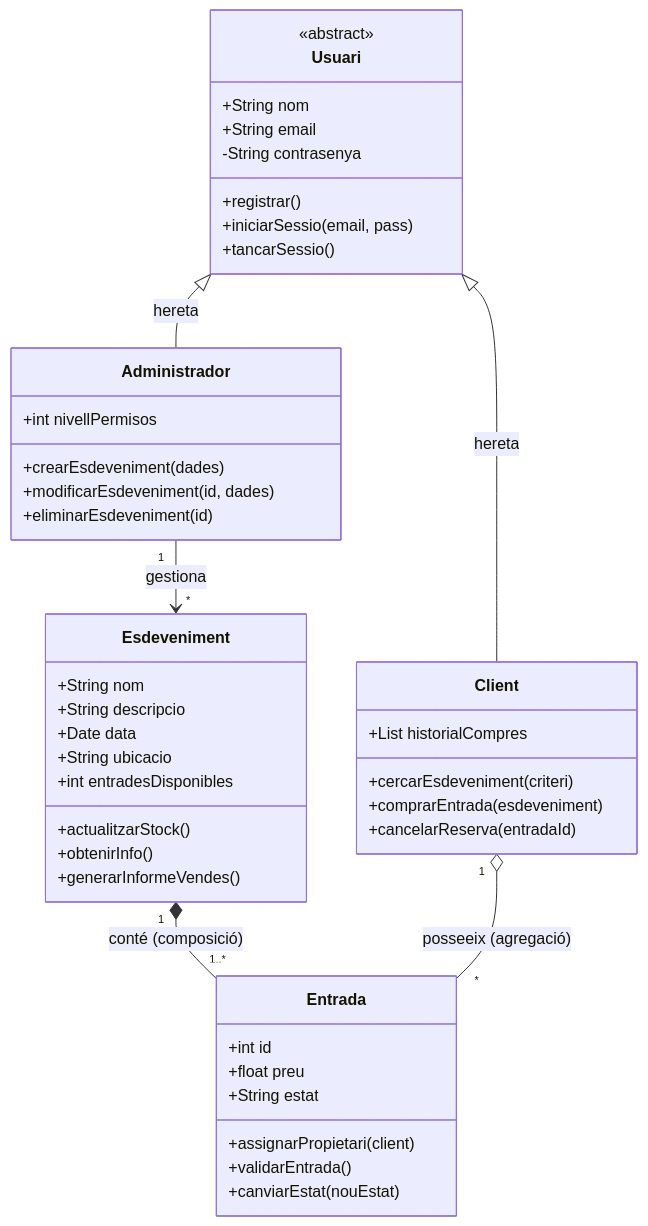
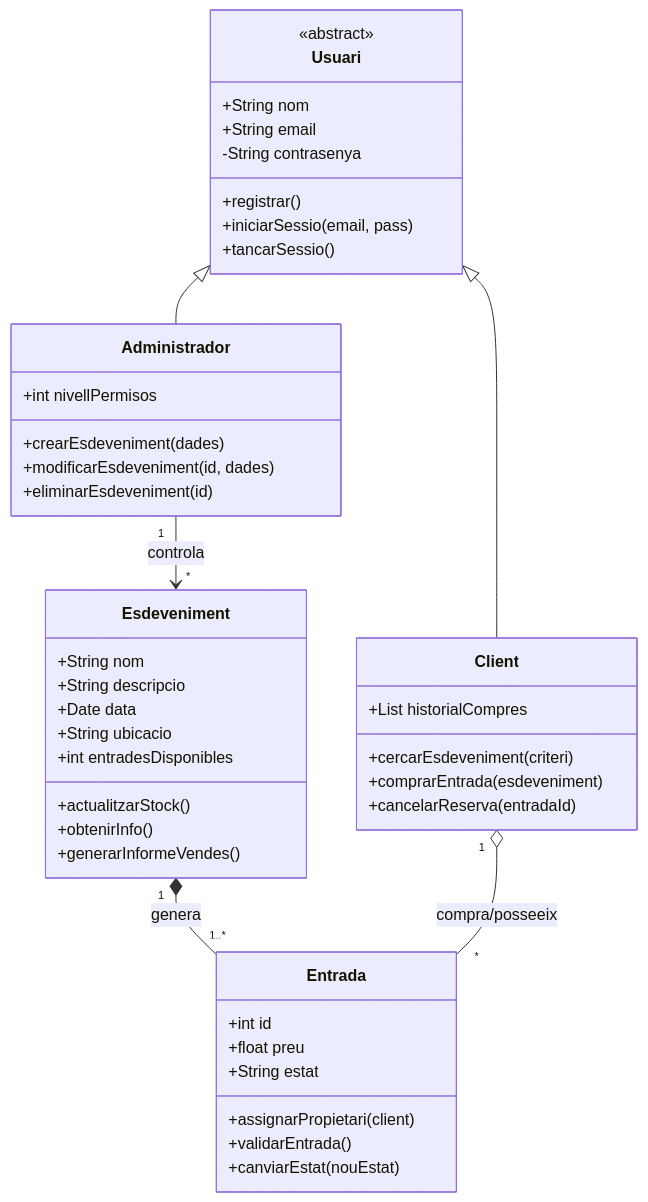
The diagram in charts/UML.mermaid (Gerardmorsilvestre/Entorns-25-26), drawn with Mermaid before and after one commit.

```diff
--- a/charts/UML.mermaid
+++ b/charts/UML.mermaid
@@ -1,56 +1,56 @@
 classDiagram
     direction TB
 
-    %% Classe Base d'Usuari
+    %% 1. EL PRODUCTE (L'eix central)
+    class Entrada {
+        +int id
+        +float preu
+        +String estat
+        +assignarPropietari(client)
+        +validarEntrada()
+        +canviarEstat(nouEstat)
+    }
+
+    %% 2. EL CONTEXT (On existeix el producte)
+    class Esdeveniment {
+        +String nom
+        +String descripcio
+        +Date data
+        +String ubicacio
+        +int entradesDisponibles
+        +actualitzarStock()
+        +obtenirInfo()
+        +generarInformeVendes()
+    }
+
+    %% 3. ELS ACTORS (Qui interactua amb el sistema)
     class Usuari {
         <<abstract>>
         +String nom
         +String email
         -String contrasenya
         +registrar()
         +iniciarSessio(email, pass)
         +tancarSessio()
     }
 
-    %% Especialitzacions d'Usuari
     class Client {
         +List historialCompres
         +cercarEsdeveniment(criteri)
         +comprarEntrada(esdeveniment)
         +cancelarReserva(entradaId)
     }
 
     class Administrador {
         +int nivellPermisos
         +crearEsdeveniment(dades)
         +modificarEsdeveniment(id, dades)
         +eliminarEsdeveniment(id)
     }
 
-    %% Entitats del Sistema
-    class Esdeveniment {
-        +String nom
-        +String descripcio
-        +Date data
-        +String ubicacio
-        +int entradesDisponibles
-        +actualitzarStock()
-        +obtenirInfo()
-        +generarInformeVendes()
-    }
-
-    class Entrada {
-        +int id
-        +float preu
-        +String estat
-        +assignarPropietari(client)
-        +validarEntrada()
-        +canviarEstat(nouEstat)
-    }
-
-    %% Relacions
-    Usuari <|-- Client : hereta
-    Usuari <|-- Administrador : hereta
-    Administrador "1" --> "*" Esdeveniment : gestiona
-    Esdeveniment "1" *-- "1..*" Entrada : conté (composició)
-    Client "1" o-- "*" Entrada : posseeix (agregació)
+    %% Relacions organitzades per dependència
+    Esdeveniment "1" *-- "1..*" Entrada : genera
+    Client "1" o-- "*" Entrada : compra/posseeix
+    Administrador "1" --> "*" Esdeveniment : controla
+    Usuari <|-- Client
+    Usuari <|-- Administrador
```
